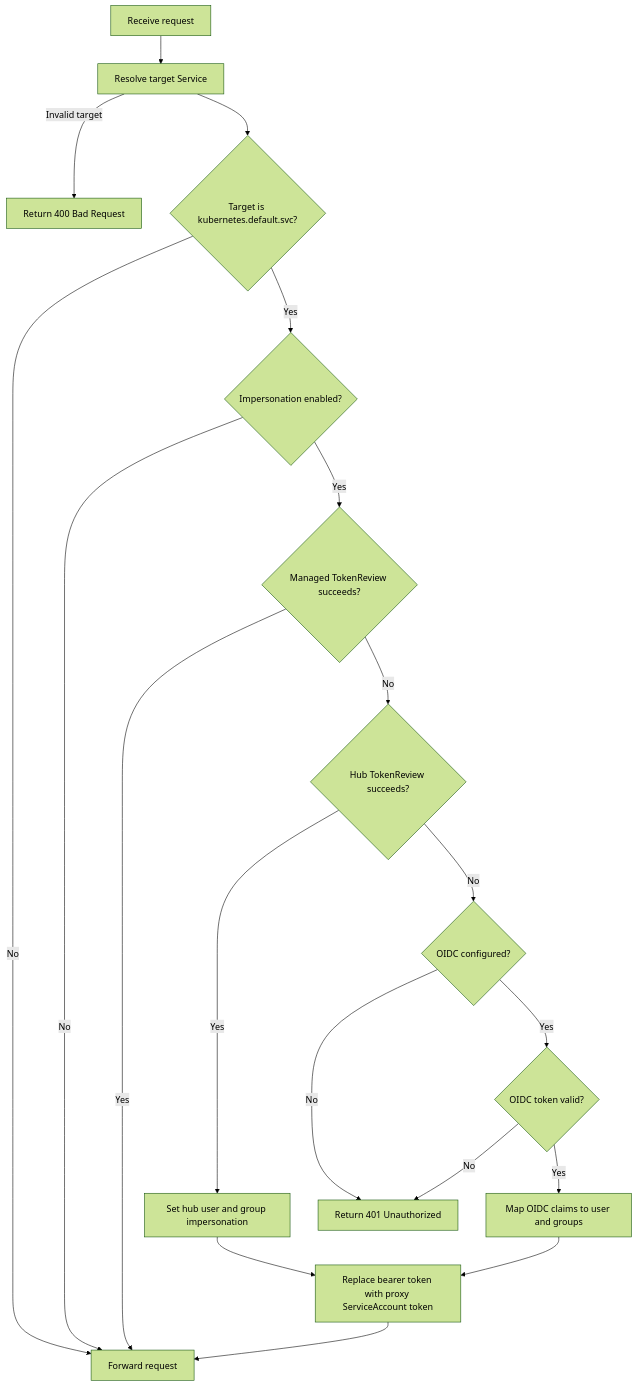
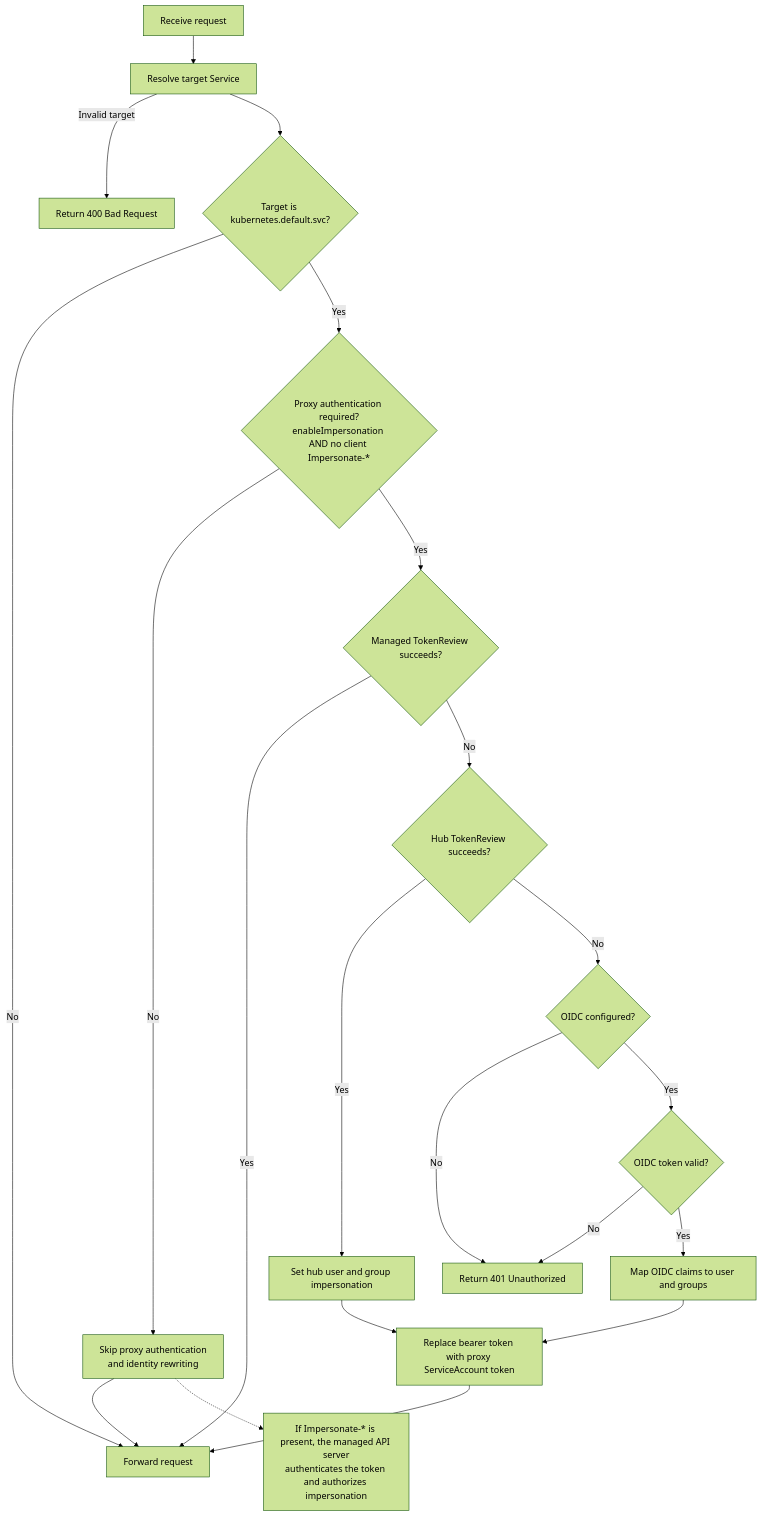
The diagram in pkg/serviceproxy/readme.md (open-cluster-management-io/cluster-proxy), drawn with Mermaid (forest theme) before and after one commit. The commit also changed other lines of this file and 4 other files, not shown here.

First line of the commit message:
:sparkles: authorize client impersonation with managed cluster RBAC (#336)

````diff
--- a/pkg/serviceproxy/readme.md
+++ b/pkg/serviceproxy/readme.md
@@ -46,21 +47,23 @@
 ```mermaid
 flowchart TD
     A[Receive request] --> B[Resolve target Service]
     B -->|Invalid target| C[Return 400 Bad Request]
     B --> D{Target is kubernetes.default.svc?}
     D -->|No| P[Forward request]
-    D -->|Yes| E{Impersonation enabled?}
-    E -->|No| P
-    E -->|Yes| F{Managed TokenReview succeeds?}
-    F -->|Yes| P
-    F -->|No| G{Hub TokenReview succeeds?}
-    G -->|Yes| H[Set hub user and group impersonation]
-    G -->|No| I{OIDC configured?}
-    I -->|No| U[Return 401 Unauthorized]
-    I -->|Yes| J{OIDC token valid?}
-    J -->|No| U
-    J -->|Yes| K[Map OIDC claims to user and groups]
-    H --> L[Replace bearer token with proxy ServiceAccount token]
-    K --> L
-    L --> P
+    D -->|Yes| E{Proxy authentication required?<br/>enableImpersonation AND no client Impersonate-*}
+    E -->|No| Q[Skip proxy authentication<br/>and identity rewriting]
+    Q --> P
+    Q -.-> R[If Impersonate-* is present, the managed API server<br/>authenticates the token and authorizes impersonation]
+    E -->|Yes| G{Managed TokenReview succeeds?}
+    G -->|Yes| P
+    G -->|No| H{Hub TokenReview succeeds?}
+    H -->|Yes| I[Set hub user and group impersonation]
+    H -->|No| J{OIDC configured?}
+    J -->|No| U[Return 401 Unauthorized]
+    J -->|Yes| K{OIDC token valid?}
+    K -->|No| U
+    K -->|Yes| L[Map OIDC claims to user and groups]
+    I --> M[Replace bearer token with proxy ServiceAccount token]
+    L --> M
+    M --> P
 ```
````
